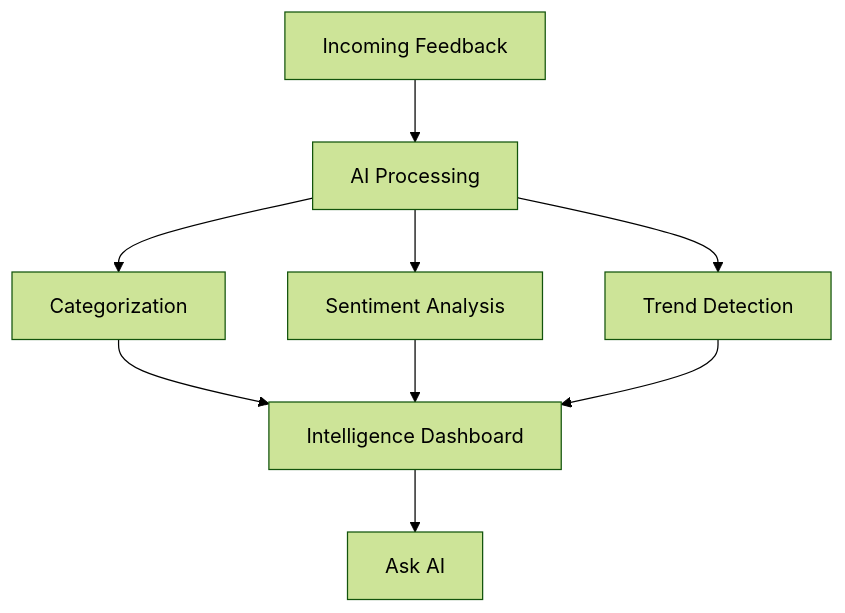
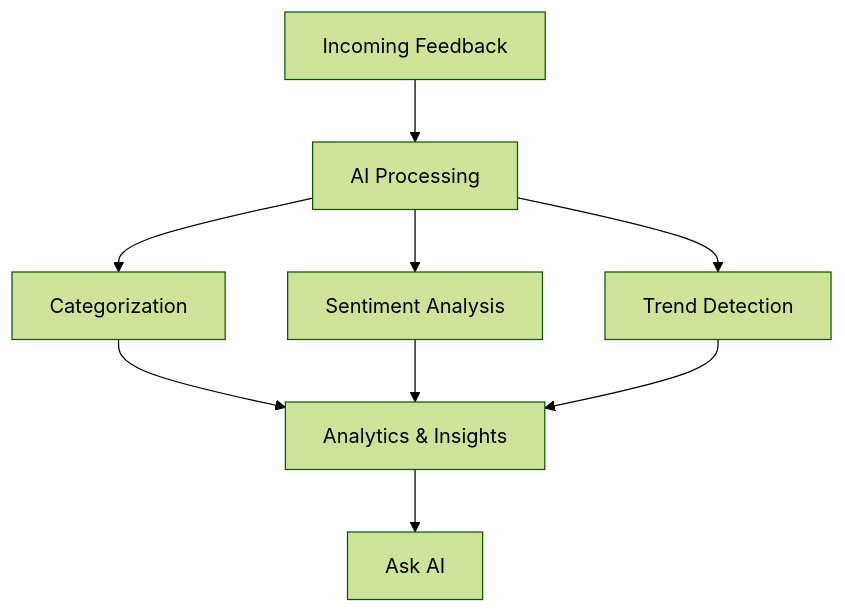
Before and after one commit to hvemasan/documentationai-starter-kit: the diagram in core-concepts/feedback-intelligence.mdx, drawn with Mermaid (forest theme). The commit also changed other lines of this file and 96 other files, not shown here.

````diff
--- a/core-concepts/feedback-intelligence.mdx
+++ b/core-concepts/feedback-intelligence.mdx
@@ -14,11 +14,11 @@
 ```mermaid
 graph TD
     A[Incoming Feedback] --> B[AI Processing]
     B --> C[Categorization]
     B --> D[Sentiment Analysis]
     B --> E[Trend Detection]
-    C --> F[Intelligence Dashboard]
+    C --> F[Analytics & Insights]
     D --> F
     E --> F
     F --> G[Ask AI]
 ```
````
